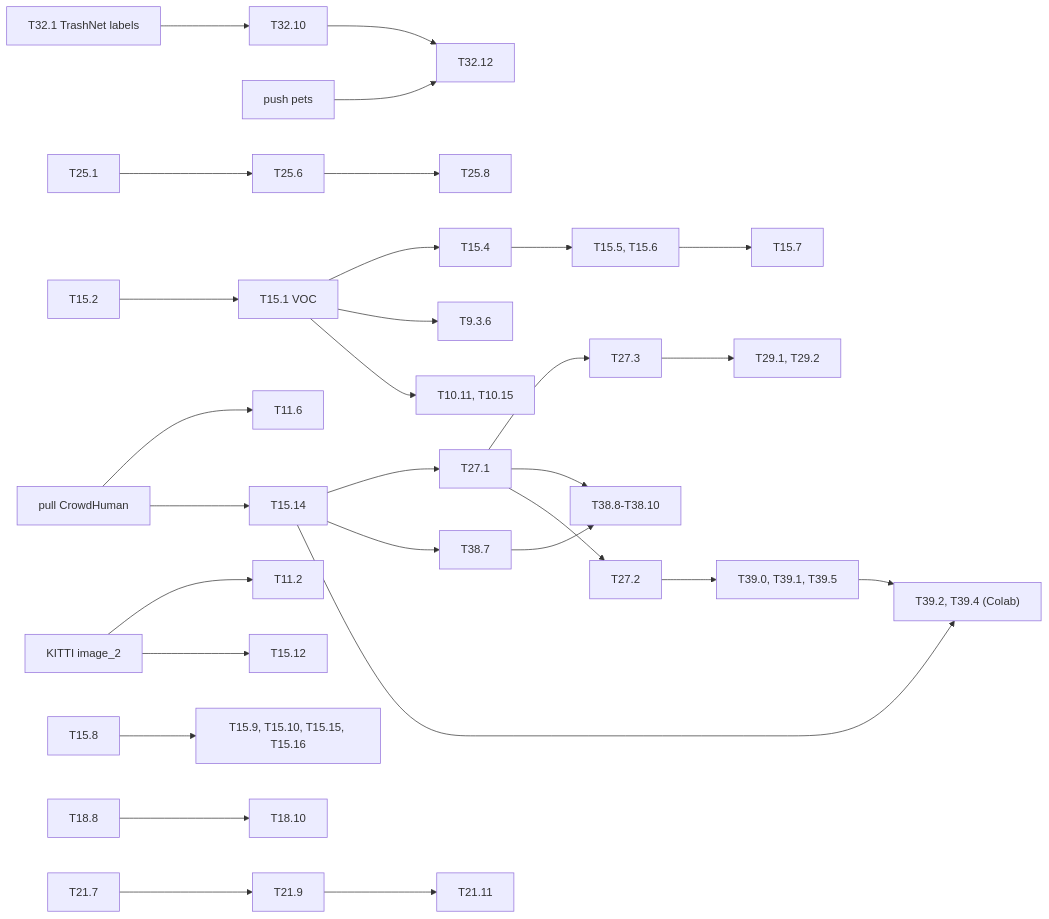
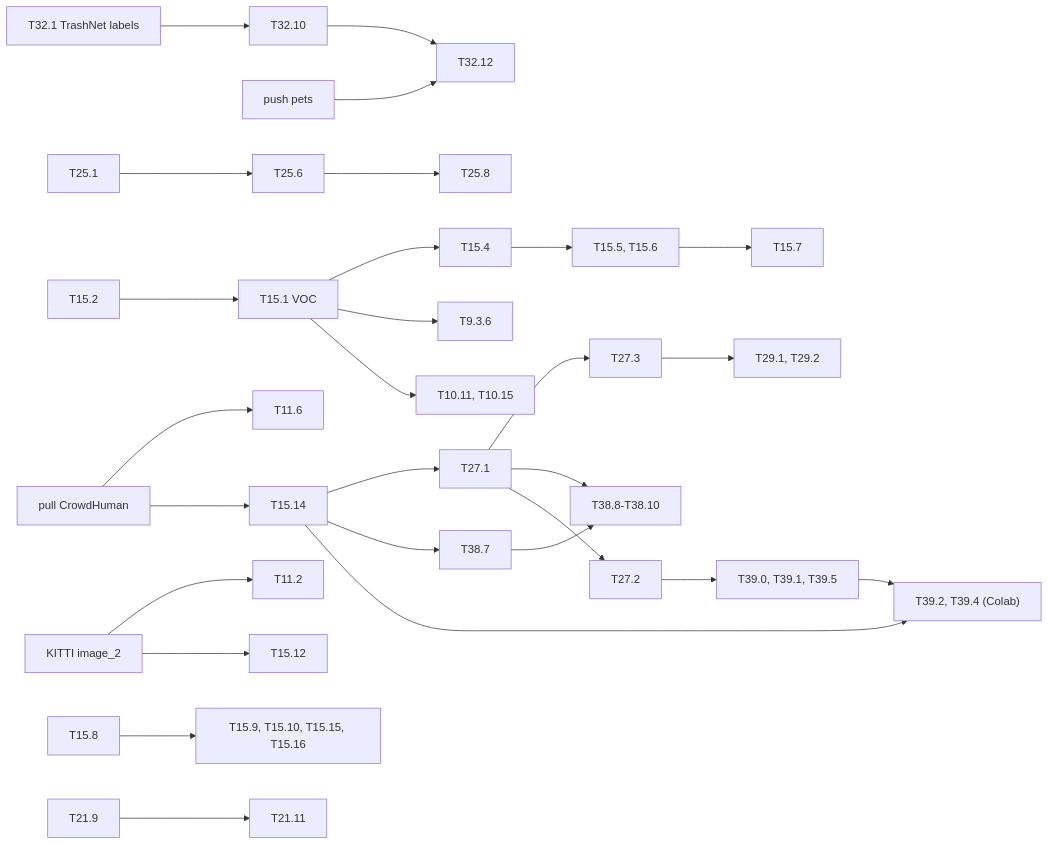
One commit to lrivals/EmbeddedComputervision changed the diagram in docs/tasks/long-runs.md. Above: the diagram before and after it, drawn with Mermaid. The commit also changed other lines of this file and 11 other files, not shown here.

````diff
--- a/docs/tasks/long-runs.md
+++ b/docs/tasks/long-runs.md
@@ -164,18 +160,17 @@
 ```mermaid
 graph LR
   T321["T32.1 TrashNet labels"] --> T3210[T32.10] --> T3212[T32.12]
   PETS["push pets"] --> T3212
   CH["pull CrowdHuman"] --> T116[T11.6] & T1514[T15.14]
   T1514 --> T271[T27.1] --> T273[T27.3] --> T29["T29.1, T29.2"]
   T251[T25.1] --> T256[T25.6] --> T258[T25.8]
   KITTI["KITTI image_2"] --> T112[T11.2] & T1512[T15.12]
   T152[T15.2] --> T151["T15.1 VOC"] --> T154[T15.4] --> T155["T15.5, T15.6"] --> T157[T15.7]
   T151 --> T936[T9.3.6] & T1011["T10.11, T10.15"]
   T158[T15.8] --> T159["T15.9, T15.10, T15.15, T15.16"]
-  T188[T18.8] --> T1810[T18.10]
-  T217[T21.7] --> T219[T21.9] --> T2111[T21.11]
+  T219[T21.9] --> T2111[T21.11]
   T1514 --> T387[T38.7] --> T388["T38.8-T38.10"]
   T271 --> T388
   T271 --> T272[T27.2] --> T39["T39.0, T39.1, T39.5"] --> T392["T39.2, T39.4 (Colab)"]
   T1514 --> T392
 ```
````
